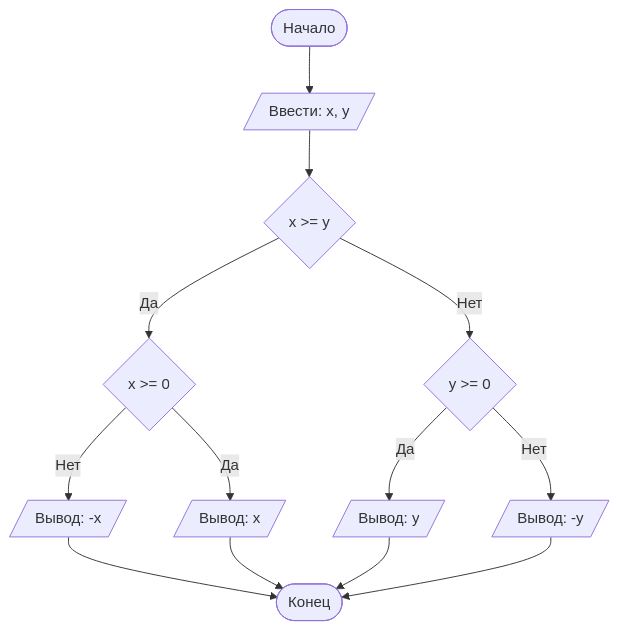
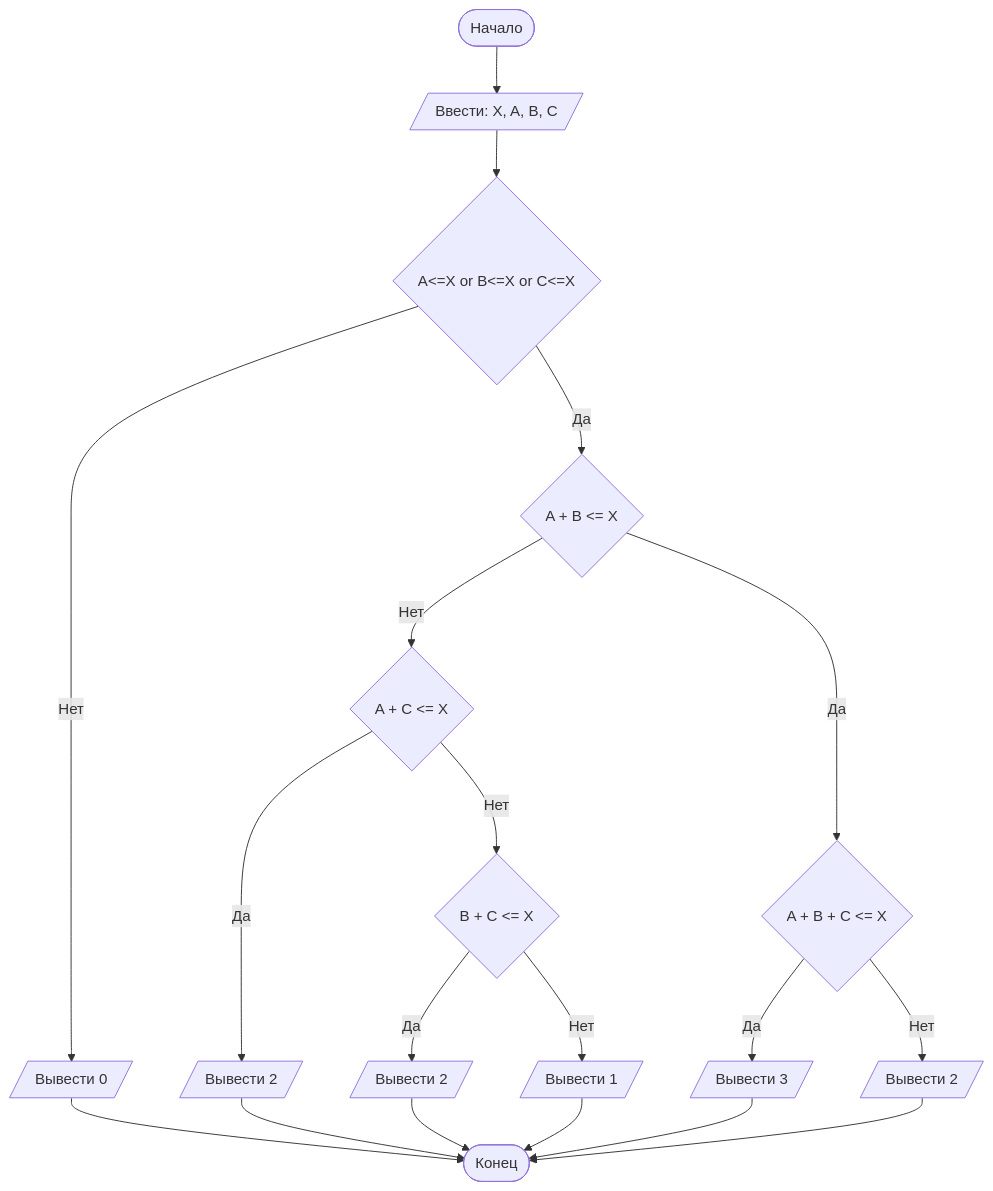
Before and after one commit to ArseniiMSorokin/Lab1: the diagram in README.md, drawn with Mermaid. The commit also changed other lines of this file, not shown here.

````diff
--- a/README.md
+++ b/README.md
@@ -117,16 +117,22 @@
 ```mermaid
 graph TD
-    A([Начало]) --> B[/Ввести: x, y/]
-    B --> C{x >= y}
-    C -- Нет --> D{y >= 0}
-    D -- Нет --> E[/Вывод: -y/]
-    D -- Да --> H[/Вывод: y/]
-    C -- Да --> I{x >= 0}
-    I -- Нет --> J[/Вывод: -x/]
-    I -- Да --> K[/Вывод: x/]
+    A([Начало]) --> B[/Ввести: X, A, B, C/]
+    B --> C{A<=X or B<=X or C<=X}
+    C -- Нет --> D[/Вывести 0/]
+    C -- Да --> F{A + B <= X}
+    F -- Нет --> G{A + C <= X}
+    G -- Да --> H[/Вывести 2/]
+    G -- Нет --> I{B + C <= X}
+    I -- Да --> J[/Вывести 2/]
+    I -- Нет --> K[/Вывести 1/]
+    F -- Да --> L{A + B + C <= X}
+    L -- Да --> M[/Вывести 3/]
+    L -- Нет --> N[/Вывести 2/]
+    D --> Z
+    H --> Z
     J --> Z
     K --> Z
-    H --> Z
-    E --> Z([Конец])
+    M --> Z
+    N --> Z([Конец])    
 
 ```
````
